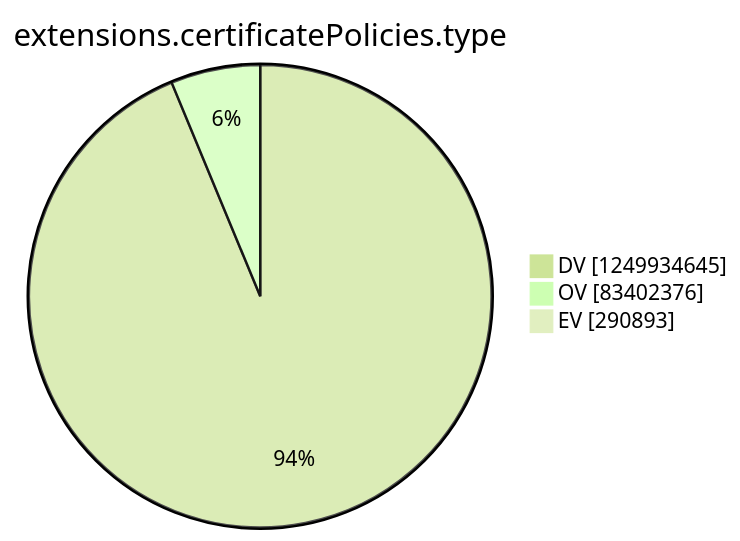
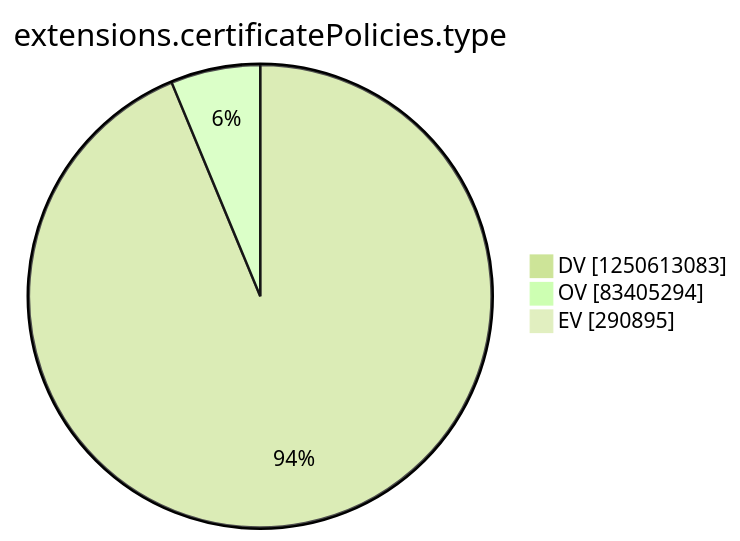
The tenth of 15 diagrams in argon2022/README.md (christiankrug/ctmonitor_visualization), drawn with Mermaid (forest theme) before and after one commit. The commit also changed other lines of this file, not shown here.

````diff
--- a/argon2022/README.md
+++ b/argon2022/README.md
@@ -2771,7 +2771,7 @@
 ```mermaid
 pie showData
 title extensions.certificatePolicies.type
-"DV" :1249934645
-"OV" :83402376
-"EV" :290893
+"DV" :1250613083
+"OV" :83405294
+"EV" :290895
 ```
````
